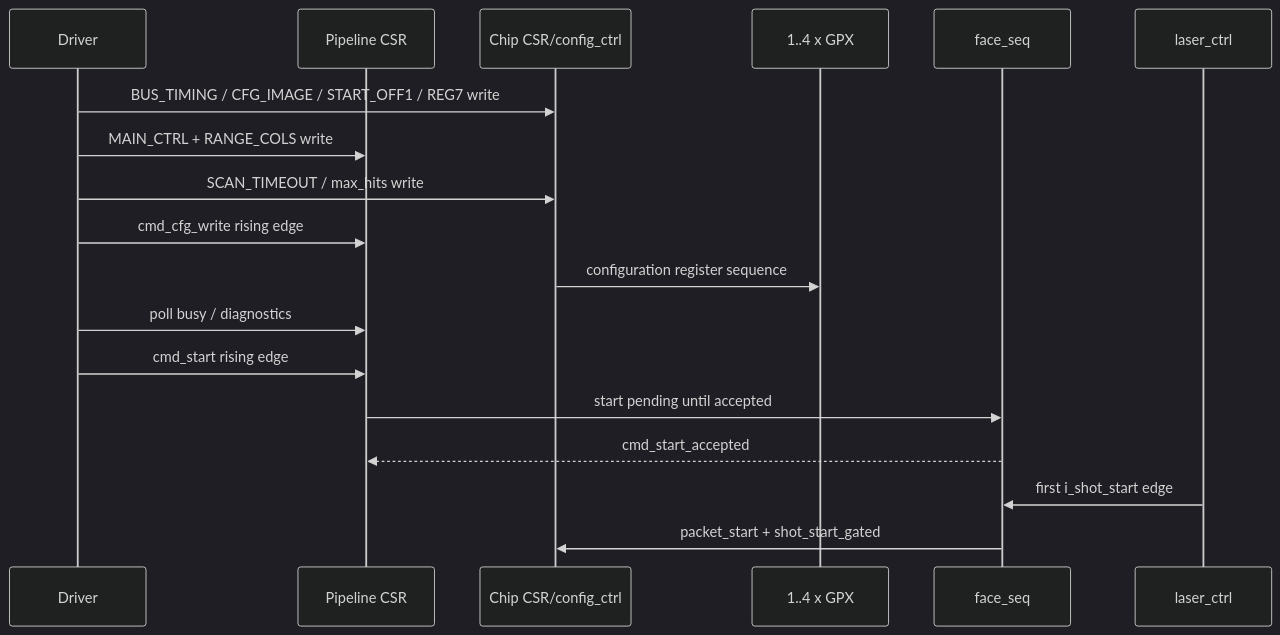
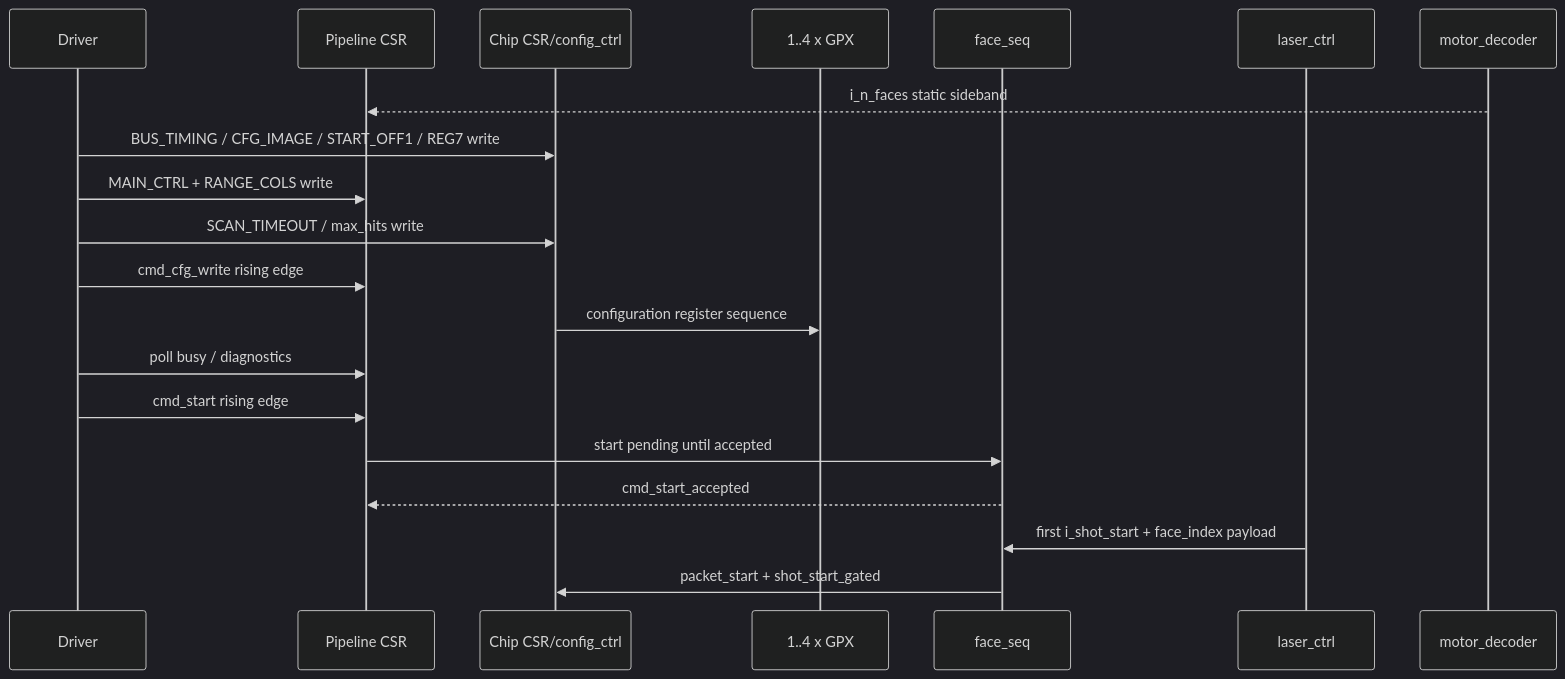
Before and after one commit to haneulia/tdc_gpx_ctrl: the sixth of 15 diagrams in Doc/tdc_gpx_top_신호처리_상세_사용_설명서.md, drawn with Mermaid (dark theme). The commit also changed other lines of this file and 20 other files, not shown here.

````diff
--- a/Doc/tdc_gpx_top_신호처리_상세_사용_설명서.md
+++ b/Doc/tdc_gpx_top_신호처리_상세_사용_설명서.md
@@ -629,21 +660,23 @@
 ```mermaid
 sequenceDiagram
     participant SW as Driver
     participant PCS as Pipeline CSR
     participant CCS as Chip CSR/config_ctrl
     participant GPX as 1..4 x GPX
     participant SEQ as face_seq
     participant LAS as laser_ctrl
+    participant MOT as motor_decoder
 
+    MOT-->>PCS: i_n_faces static sideband
     SW->>CCS: BUS_TIMING / CFG_IMAGE / START_OFF1 / REG7 write
     SW->>PCS: MAIN_CTRL + RANGE_COLS write
     SW->>CCS: SCAN_TIMEOUT / max_hits write
     SW->>PCS: cmd_cfg_write rising edge
     CCS->>GPX: configuration register sequence
     SW->>PCS: poll busy / diagnostics
     SW->>PCS: cmd_start rising edge
     PCS->>SEQ: start pending until accepted
     SEQ-->>PCS: cmd_start_accepted
-    LAS->>SEQ: first i_shot_start edge
+    LAS->>SEQ: first i_shot_start + face_index payload
     SEQ->>CCS: packet_start + shot_start_gated
 ```
````
